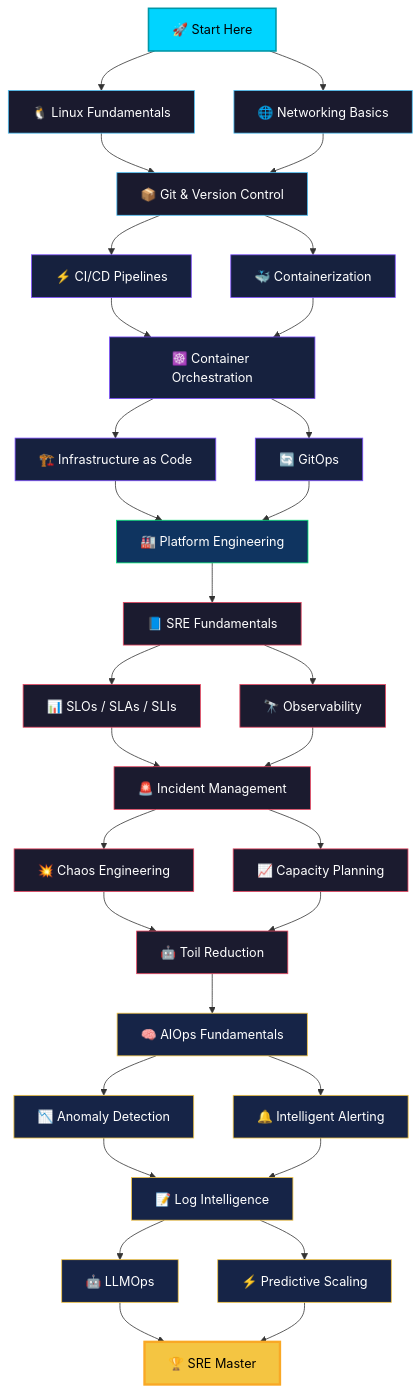
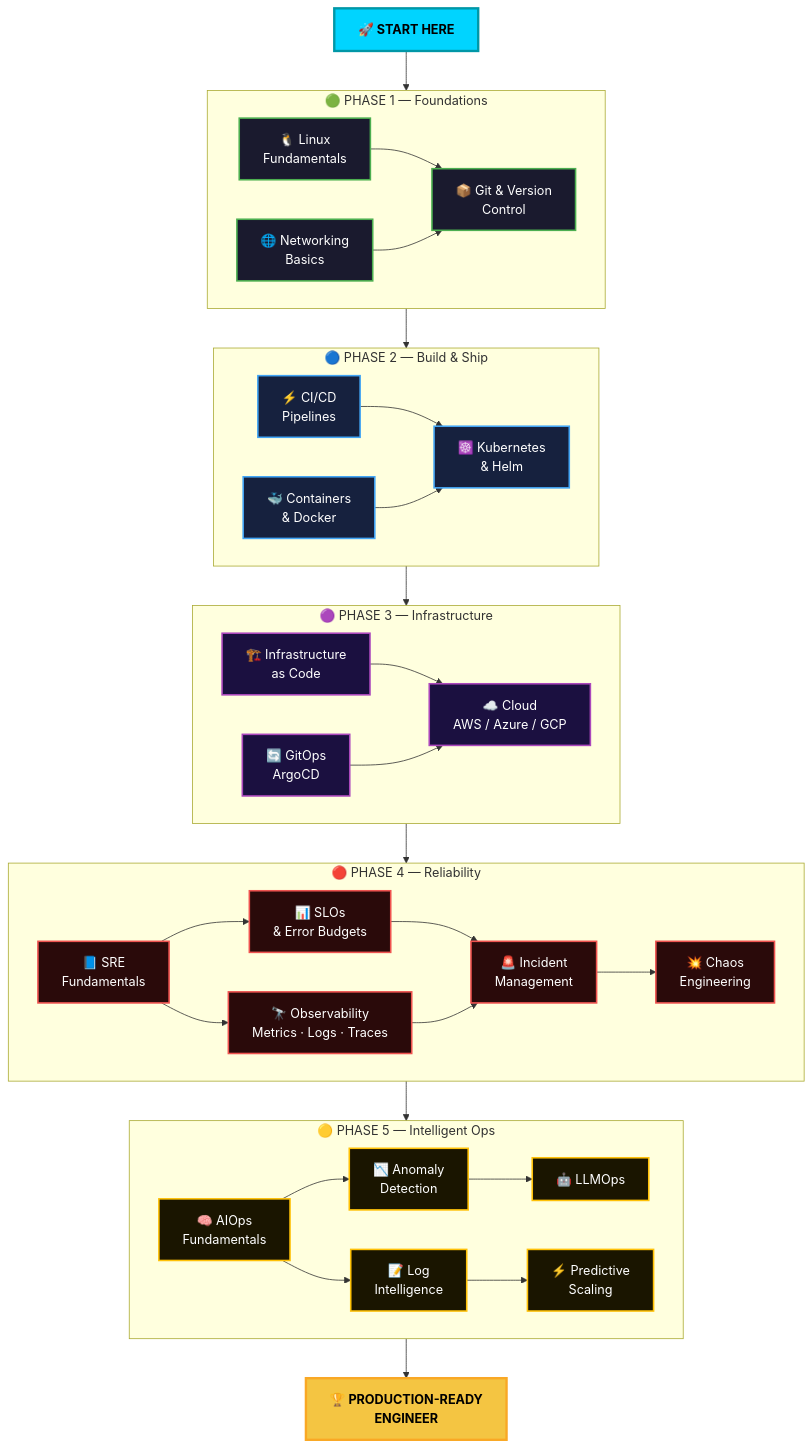
One commit to thejaskethini/zero-to-sre changed the diagram in README.md. Above: the diagram before and after it, drawn with Mermaid. The commit also changed other lines of this file, not shown here.

Commit message:
redesign: vibrant roadmap with 5 color-coded phases + 4-pillar hero cards
- New phased roadmap: Foundations > Build > Infrastructure > Reliability > Intelligent Ops
- Added Cloud as 4th pillar with visual card in hero section
- Color-coded phases: green, blue, purple, red, gold
- Added Azure badge to tech stack bar
- Motivational tagline + phase legend at bottom

````diff
--- a/README.md
+++ b/README.md
@@ -48,73 +89,73 @@
 ```mermaid
 graph TD
-    START["🚀 Start Here"] --> LINUX["🐧 Linux Fundamentals"]
-    START --> NET["🌐 Networking Basics"]
-    
-    LINUX --> GIT["📦 Git & Version Control"]
-    NET --> GIT
-    
-    GIT --> CICD["⚡ CI/CD Pipelines"]
-    GIT --> DOCKER["🐳 Containerization"]
-    
-    CICD --> K8S["☸️ Container Orchestration"]
-    DOCKER --> K8S
-    
-    K8S --> IAC["🏗️ Infrastructure as Code"]
-    K8S --> GITOPS["🔄 GitOps"]
-    
-    IAC --> PLATENG["🏭 Platform Engineering"]
-    GITOPS --> PLATENG
-    
-    PLATENG --> SRE_FUND["📘 SRE Fundamentals"]
-    
-    SRE_FUND --> SLOS["📊 SLOs / SLAs / SLIs"]
-    SRE_FUND --> OBS["🔭 Observability"]
-    
-    SLOS --> INCIDENT["🚨 Incident Management"]
-    OBS --> INCIDENT
-    
-    INCIDENT --> CHAOS["💥 Chaos Engineering"]
-    INCIDENT --> CAPACITY["📈 Capacity Planning"]
-    
-    CHAOS --> TOIL["🤖 Toil Reduction"]
-    CAPACITY --> TOIL
-    
-    TOIL --> AIOPS_FUND["🧠 AIOps Fundamentals"]
-    
-    AIOPS_FUND --> ANOMALY["📉 Anomaly Detection"]
-    AIOPS_FUND --> ALERT["🔔 Intelligent Alerting"]
-    
-    ANOMALY --> LOG["📝 Log Intelligence"]
-    ALERT --> LOG
-    
-    LOG --> LLMOPS["🤖 LLMOps"]
-    LOG --> PREDICT["⚡ Predictive Scaling"]
-    
-    LLMOPS --> MASTER["🏆 SRE Master"]
-    PREDICT --> MASTER
+    START["🚀 START HERE"]:::start
 
-    style START fill:#00d4ff,stroke:#0097a7,color:#000,stroke-width:2px
-    style MASTER fill:#f4c542,stroke:#f9a825,color:#000,stroke-width:3px
-    style LINUX fill:#1a1a2e,stroke:#4fc3f7,color:#fff
-    style NET fill:#1a1a2e,stroke:#4fc3f7,color:#fff
-    style GIT fill:#1a1a2e,stroke:#4fc3f7,color:#fff
-    style CICD fill:#16213e,stroke:#7c4dff,color:#fff
-    style DOCKER fill:#16213e,stroke:#7c4dff,color:#fff
-    style K8S fill:#16213e,stroke:#7c4dff,color:#fff
-    style IAC fill:#16213e,stroke:#7c4dff,color:#fff
-    style GITOPS fill:#16213e,stroke:#7c4dff,color:#fff
-    style PLATENG fill:#0f3460,stroke:#00e676,color:#fff
-    style SRE_FUND fill:#1b1b2f,stroke:#e94560,color:#fff
-    style SLOS fill:#1b1b2f,stroke:#e94560,color:#fff
-    style OBS fill:#1b1b2f,stroke:#e94560,color:#fff
-    style INCIDENT fill:#1b1b2f,stroke:#e94560,color:#fff
-    style CHAOS fill:#1b1b2f,stroke:#e94560,color:#fff
-    style CAPACITY fill:#1b1b2f,stroke:#e94560,color:#fff
-    style TOIL fill:#1b1b2f,stroke:#e94560,color:#fff
-    style AIOPS_FUND fill:#162447,stroke:#f4c542,color:#fff
-    style ANOMALY fill:#162447,stroke:#f4c542,color:#fff
-    style ALERT fill:#162447,stroke:#f4c542,color:#fff
-    style LOG fill:#162447,stroke:#f4c542,color:#fff
-    style LLMOPS fill:#162447,stroke:#f4c542,color:#fff
-    style PREDICT fill:#162447,stroke:#f4c542,color:#fff
+    START --> PHASE1
+
+    subgraph PHASE1["  🟢 PHASE 1 — Foundations  "]
+        LINUX["🐧 Linux<br/>Fundamentals"]:::green
+        NET["🌐 Networking<br/>Basics"]:::green
+        GIT["📦 Git & Version<br/>Control"]:::green
+        LINUX --> GIT
+        NET --> GIT
+    end
+
+    PHASE1 --> PHASE2
+
+    subgraph PHASE2["  🔵 PHASE 2 — Build & Ship  "]
+        CICD["⚡ CI/CD<br/>Pipelines"]:::blue
+        DOCKER["🐳 Containers<br/>& Docker"]:::blue
+        K8S["☸️ Kubernetes<br/>& Helm"]:::blue
+        CICD --> K8S
+        DOCKER --> K8S
+    end
+
+    PHASE2 --> PHASE3
+
+    subgraph PHASE3["  🟣 PHASE 3 — Infrastructure  "]
+        IAC["🏗️ Infrastructure<br/>as Code"]:::purple
+        GITOPS["🔄 GitOps<br/>ArgoCD"]:::purple
+        CLOUD["☁️ Cloud<br/>AWS / Azure / GCP"]:::purple
+        IAC --> CLOUD
+        GITOPS --> CLOUD
+    end
+
+    PHASE3 --> PHASE4
+
+    subgraph PHASE4["  🔴 PHASE 4 — Reliability  "]
+        SRE["📘 SRE<br/>Fundamentals"]:::red
+        SLOS["📊 SLOs<br/>& Error Budgets"]:::red
+        OBS["🔭 Observability<br/>Metrics · Logs · Traces"]:::red
+        INCIDENT["🚨 Incident<br/>Management"]:::red
+        CHAOS["💥 Chaos<br/>Engineering"]:::red
+        SRE --> SLOS
+        SRE --> OBS
+        SLOS --> INCIDENT
+        OBS --> INCIDENT
+        INCIDENT --> CHAOS
+    end
+
+    PHASE4 --> PHASE5
+
+    subgraph PHASE5["  🟡 PHASE 5 — Intelligent Ops  "]
+        AIOPS["🧠 AIOps<br/>Fundamentals"]:::gold
+        ANOMALY["📉 Anomaly<br/>Detection"]:::gold
+        LOG["📝 Log<br/>Intelligence"]:::gold
+        LLMOPS["🤖 LLMOps"]:::gold
+        PREDICT["⚡ Predictive<br/>Scaling"]:::gold
+        AIOPS --> ANOMALY
+        AIOPS --> LOG
+        ANOMALY --> LLMOPS
+        LOG --> PREDICT
+    end
+
+    PHASE5 --> FINISH["🏆 PRODUCTION-READY<br/>ENGINEER"]:::finish
+
+    classDef start fill:#00d4ff,stroke:#0097a7,color:#000,stroke-width:3px,font-weight:bold
+    classDef green fill:#1a1a2e,stroke:#4caf50,color:#fff,stroke-width:2px
+    classDef blue fill:#16213e,stroke:#42a5f5,color:#fff,stroke-width:2px
+    classDef purple fill:#1b1040,stroke:#ab47bc,color:#fff,stroke-width:2px
+    classDef red fill:#2a0a0a,stroke:#ef5350,color:#fff,stroke-width:2px
+    classDef gold fill:#1a1500,stroke:#ffc107,color:#fff,stroke-width:2px
+    classDef finish fill:#f4c542,stroke:#f9a825,color:#000,stroke-width:3px,font-weight:bold
 ```
````
